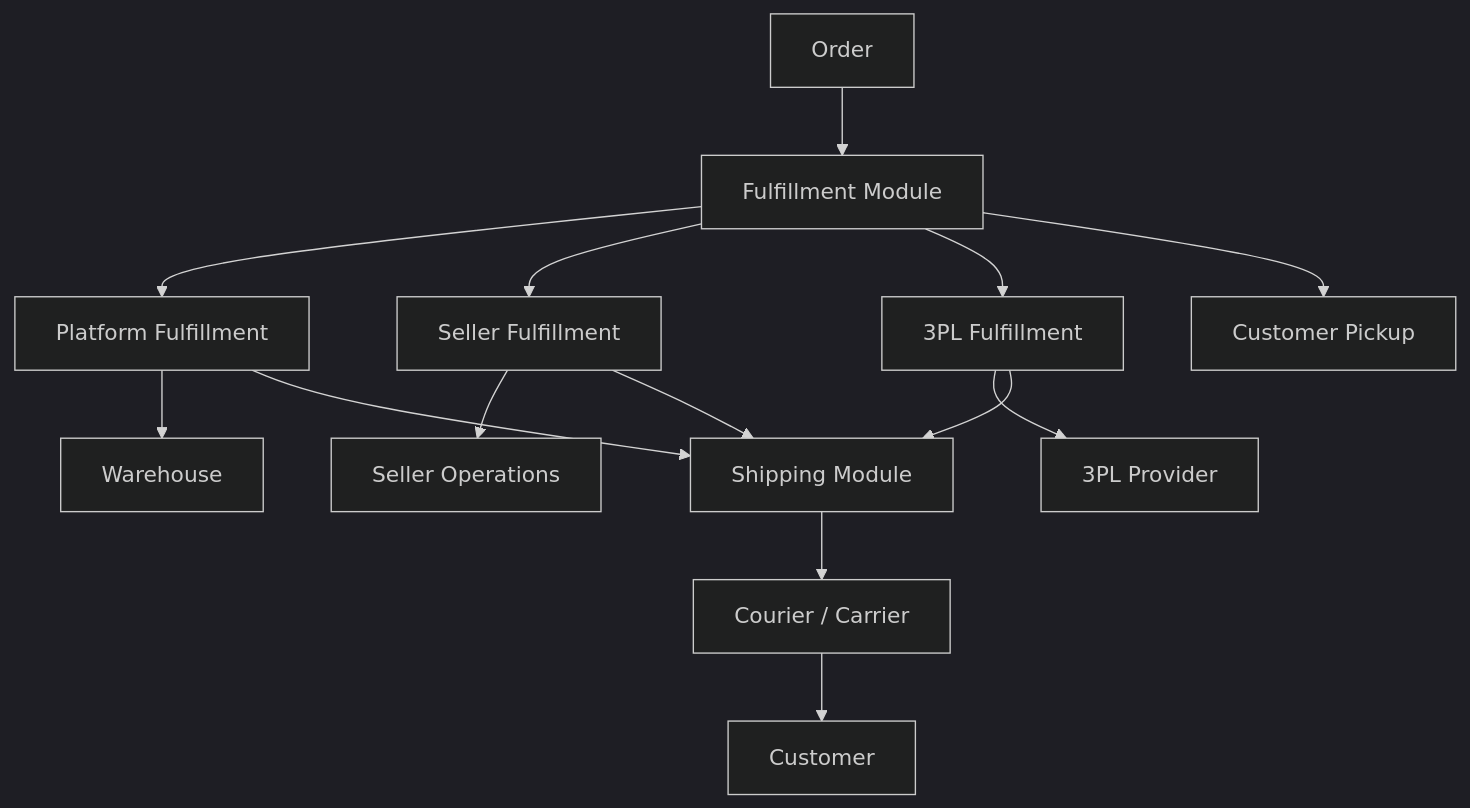
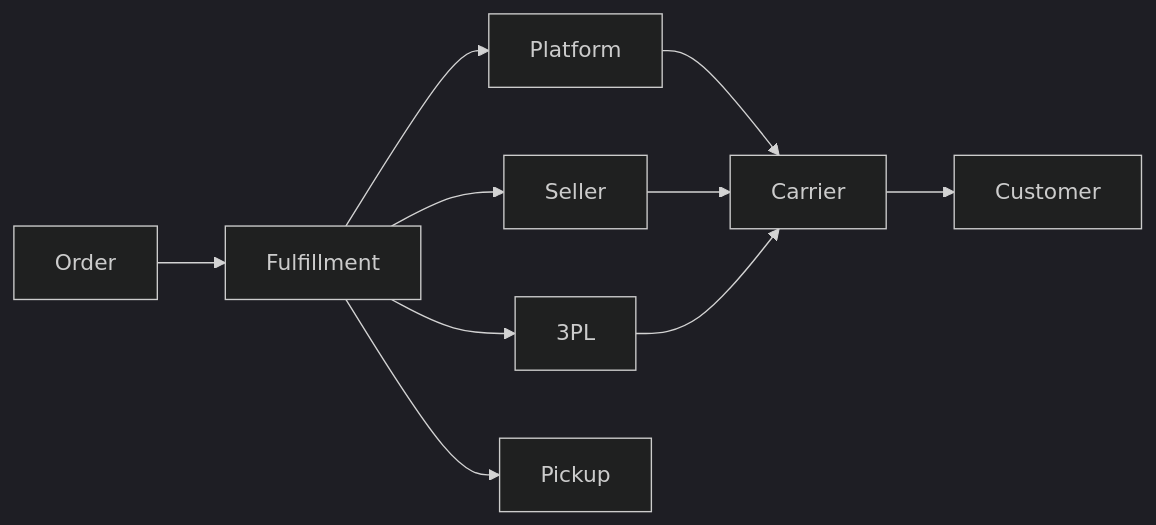
The fifth of 9 diagrams in README.md (Izyane-InovSolutions/commerce), drawn with Mermaid (dark theme) before and after one commit. The commit also changed other lines of this file, not shown here.

Commit message:
docs: finalize NestJS modular monolith architecture

````diff
--- a/README.md
+++ b/README.md
@@ -767,18 +417,12 @@
 ```mermaid
-flowchart TD
-    ORDER[Order] --> FULFILL[Fulfillment Module]
-    FULFILL --> PLATFORM[Platform Fulfillment]
-    FULFILL --> SELLER[Seller Fulfillment]
-    FULFILL --> THREEPL[3PL Fulfillment]
-    FULFILL --> PICKUP[Customer Pickup]
-
-    PLATFORM --> WAREHOUSE[Warehouse]
-    SELLER --> SELLEROPS[Seller Operations]
-    THREEPL --> PROVIDER[3PL Provider]
-
-    PLATFORM --> SHIP[Shipping Module]
-    SELLER --> SHIP
-    THREEPL --> SHIP
-    SHIP --> COURIER[Courier / Carrier]
-    COURIER --> CUSTOMER[Customer]
+flowchart LR
+    ORDER[Order] --> FUL[Fulfillment]
+    FUL --> PLATFORM[Platform]
+    FUL --> SELLER[Seller]
+    FUL --> THREEPL[3PL]
+    FUL --> PICKUP[Pickup]
+    PLATFORM --> CARRIER[Carrier]
+    SELLER --> CARRIER
+    THREEPL --> CARRIER
+    CARRIER --> CUSTOMER[Customer]
 ```
````
